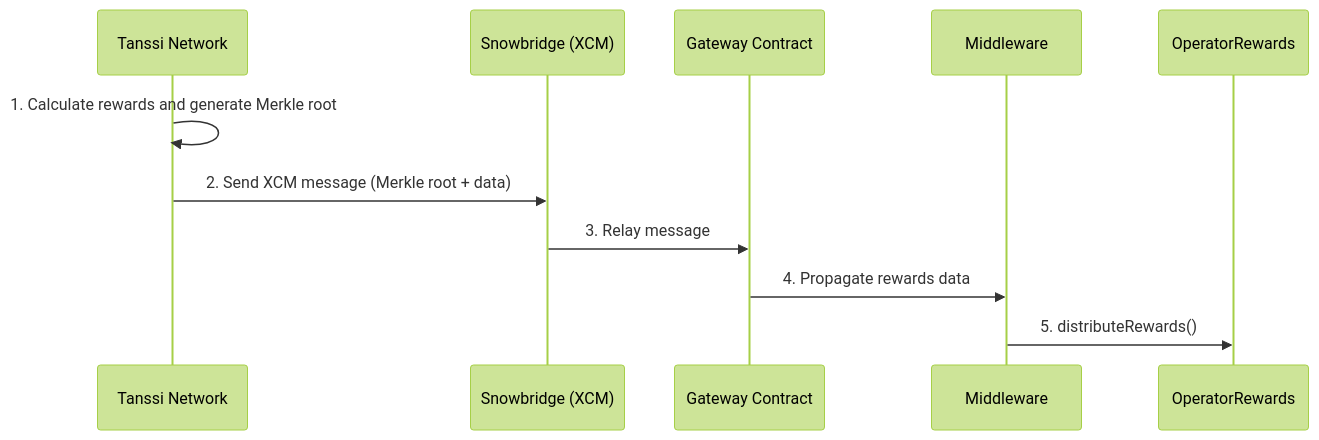
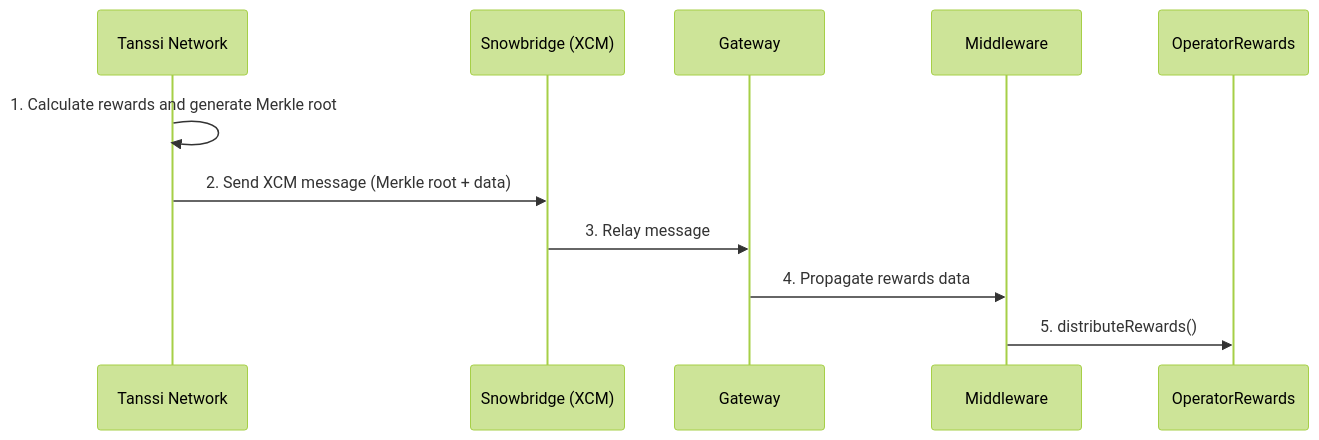
The third of 5 diagrams in learn/tanssi/external-security-providers/symbiotic.md (moondance-labs/tanssi-docs), drawn with Mermaid (forest theme) before and after one commit. The commit also changed other lines of this file, not shown here.

````diff
--- a/learn/tanssi/external-security-providers/symbiotic.md
+++ b/learn/tanssi/external-security-providers/symbiotic.md
@@ -133,14 +133,14 @@
 ```mermaid
 sequenceDiagram
     participant Tanssi Network
     participant Snowbridge (XCM)
-    participant Gateway Contract
+    participant Gateway
     participant Middleware
     participant OperatorRewards
 
     Tanssi Network->>Tanssi Network: 1. Calculate rewards and generate Merkle root
     Tanssi Network->>Snowbridge (XCM): 2. Send XCM message (Merkle root + data)
-    Snowbridge (XCM)->>Gateway Contract: 3. Relay message
-    Gateway Contract->>Middleware: 4. Propagate rewards data
+    Snowbridge (XCM)->>Gateway: 3. Relay message
+    Gateway ->>Middleware: 4. Propagate rewards data
     Middleware->>OperatorRewards: 5. distributeRewards()
 ```
````
